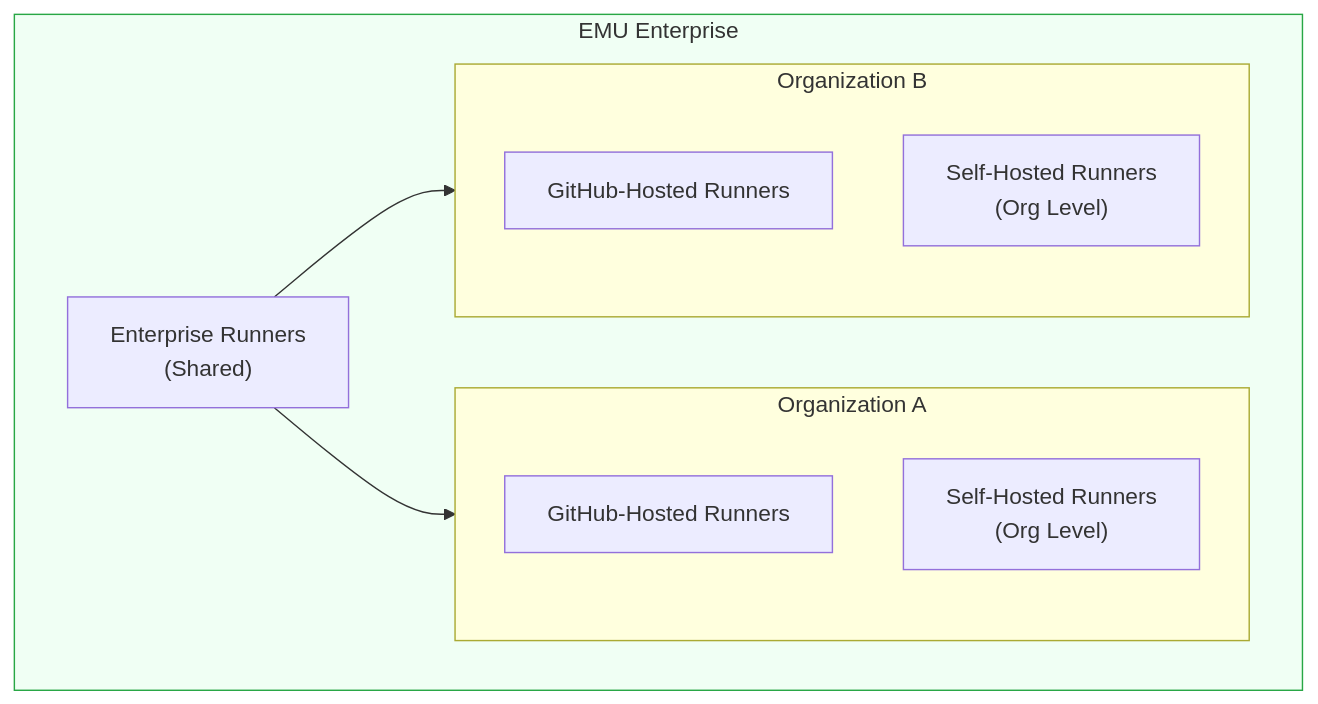
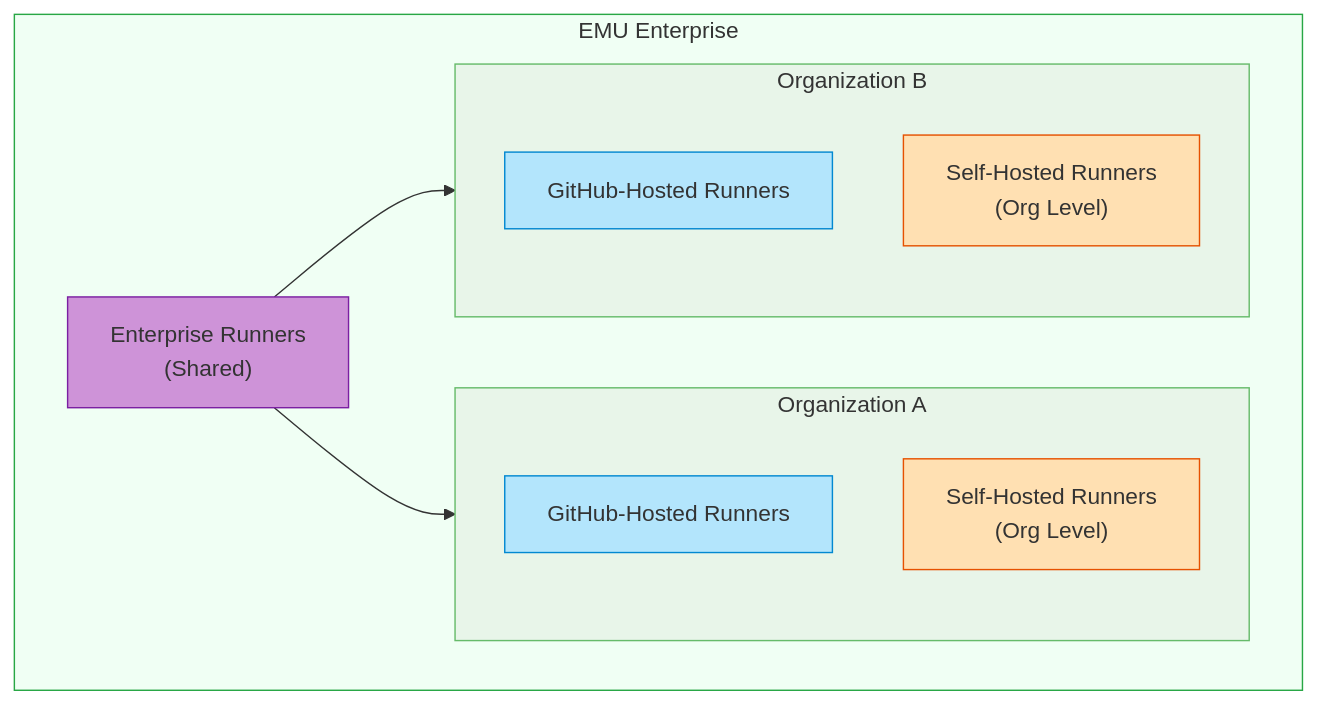
The seventh of 11 diagrams in _posts/2026-01-14-migrating-to-github-enterprise-managed-users.md (jmassardo/jmassardo.github.io), drawn with Mermaid before and after one commit. The commit also changed other lines of this file and 12 other files, not shown here.

````diff
--- a/_posts/2026-01-14-migrating-to-github-enterprise-managed-users.md
+++ b/_posts/2026-01-14-migrating-to-github-enterprise-managed-users.md
@@ -943,19 +972,26 @@
 ```mermaid
 flowchart TB
     subgraph Enterprise["EMU Enterprise"]
         subgraph Org1["Organization A"]
             R1["GitHub-Hosted Runners"]
             SR1["Self-Hosted Runners<br/>(Org Level)"]
         end
         subgraph Org2["Organization B"]
             R2["GitHub-Hosted Runners"]
             SR2["Self-Hosted Runners<br/>(Org Level)"]
         end
         ER["Enterprise Runners<br/>(Shared)"]
     end
     
     ER --> Org1
     ER --> Org2
     
-    style Enterprise fill:#f0fff4,stroke:#28a745
+    style Enterprise fill:#f0fff4,stroke:#28a745,color:#333
+    style Org1 fill:#e8f5e9,stroke:#66bb6a,color:#333
+    style Org2 fill:#e8f5e9,stroke:#66bb6a,color:#333
+    style R1 fill:#b3e5fc,stroke:#0288d1,color:#333
+    style SR1 fill:#ffe0b2,stroke:#e65100,color:#333
+    style R2 fill:#b3e5fc,stroke:#0288d1,color:#333
+    style SR2 fill:#ffe0b2,stroke:#e65100,color:#333
+    style ER fill:#ce93d8,stroke:#7b1fa2,color:#333
 ```
````
